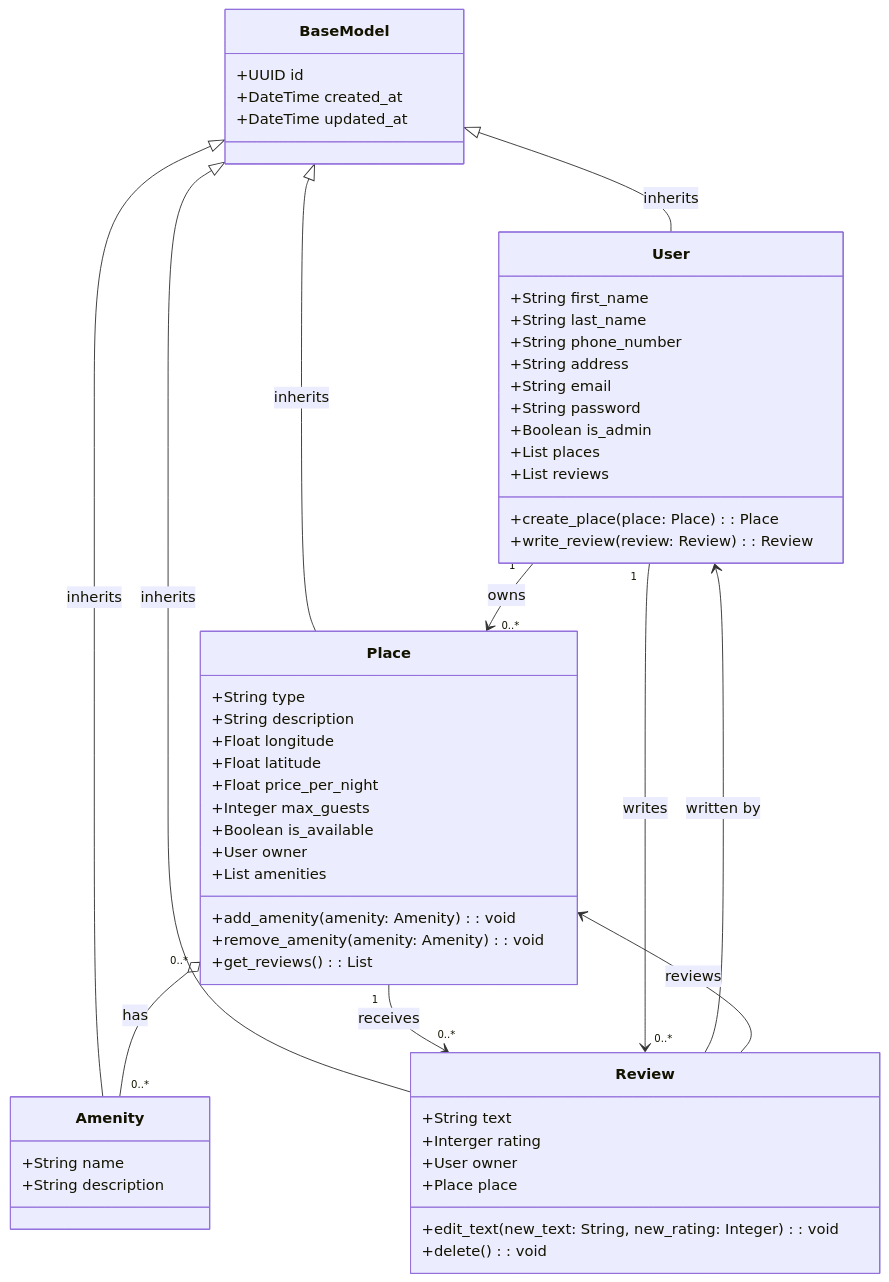
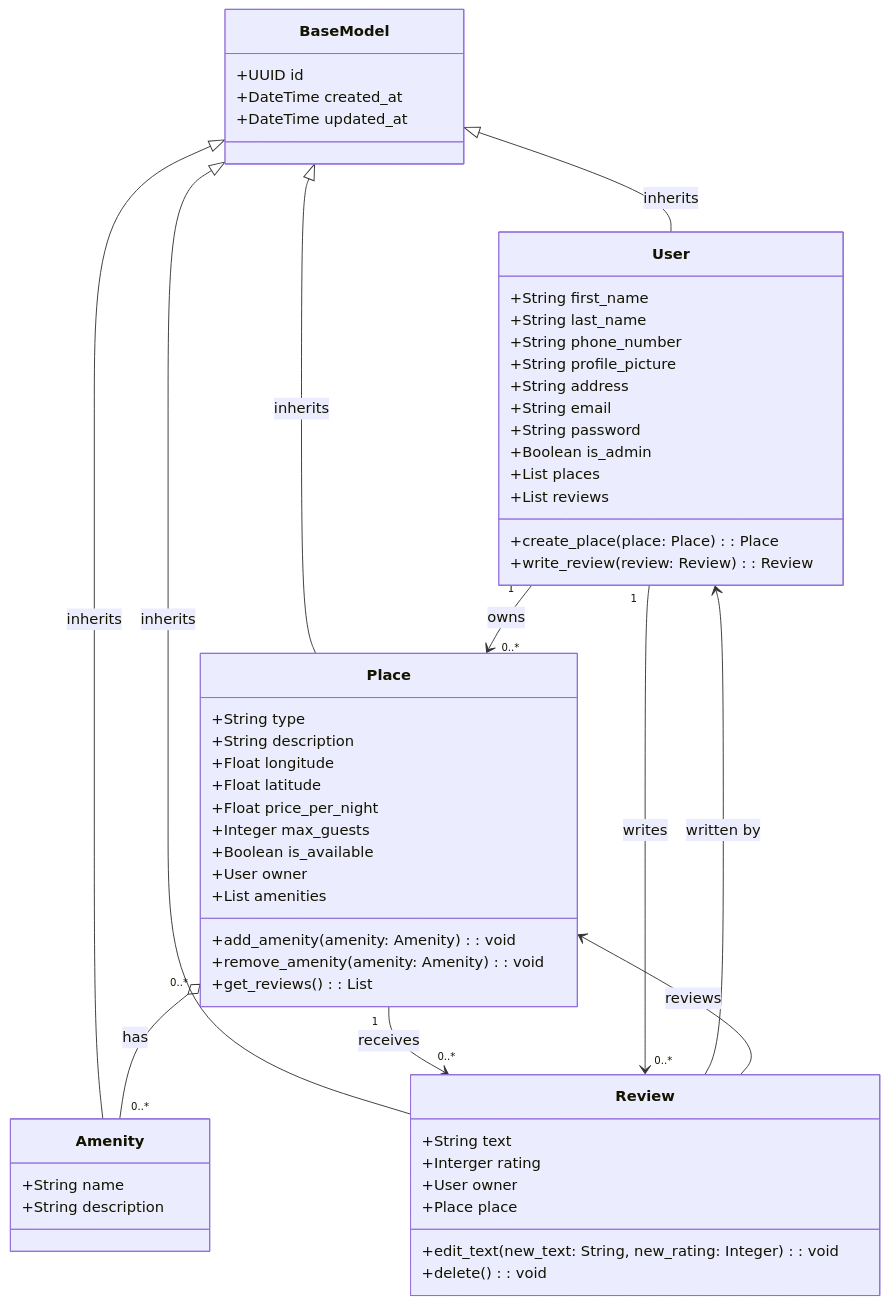
One commit to ItsZmainDev/holbertonschool-hbnb changed the diagram in part1/Detailed Class Diagram for Business Logic Layer.mmd. Above: the diagram before and after it, drawn with Mermaid.

Commit message:
Add profile picture on the user model

```diff
--- a/part1/Detailed Class Diagram for Business Logic Layer.mmd
+++ b/part1/Detailed Class Diagram for Business Logic Layer.mmd
@@ -1,63 +1,64 @@
 classDiagram
     class BaseModel {
         +UUID id
         +DateTime created_at
         +DateTime updated_at
     }
 
     class User {
         +String first_name
         +String last_name
         +String phone_number
+        +String profile_picture
         +String address
         +String email
         +String password
         +Boolean is_admin
         +List<Place> places
         +List<Review> reviews
         +create_place(place: Place): Place
         +write_review(review: Review): Review
     }
 
     class Place {
         +String type
         +String description
         +Float longitude
         +Float latitude
         +Float price_per_night
         +Integer max_guests
         +Boolean is_available
         +User owner
         +List<Amenity> amenities
         +add_amenity(amenity: Amenity): void
         +remove_amenity(amenity: Amenity): void
         +get_reviews(): List<Review>
     }
 
     class Amenity {
         +String name
         +String description
     }
 
     class Review {
         +String text
         +Interger rating
         +User owner
         +Place place
         +edit_text(new_text: String, new_rating: Integer): void
         +delete(): void
     }
 
     %% Inheritance
     BaseModel <|-- User : inherits
     BaseModel <|-- Place : inherits
     BaseModel <|-- Amenity : inherits
     BaseModel <|-- Review : inherits
 
     %% Relationships
     User "1" --> "0..*" Place : owns
     Place "0..*" o-- "0..*" Amenity : has
     Place "1" --> "0..*" Review : receives
     User "1" --> "0..*" Review : writes
     Review --> User: written by
     Review --> Place: reviews
```
